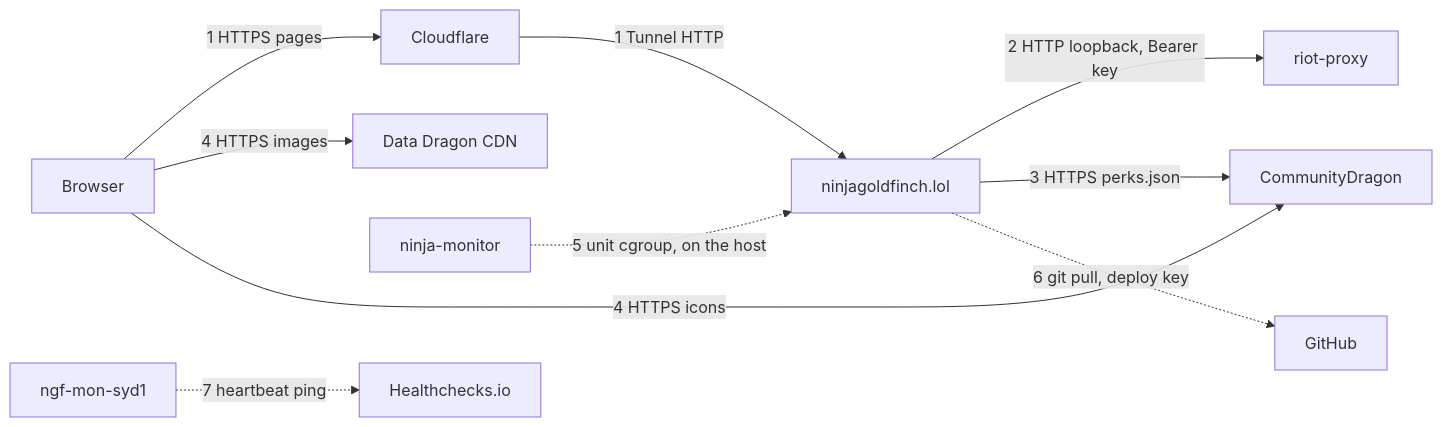
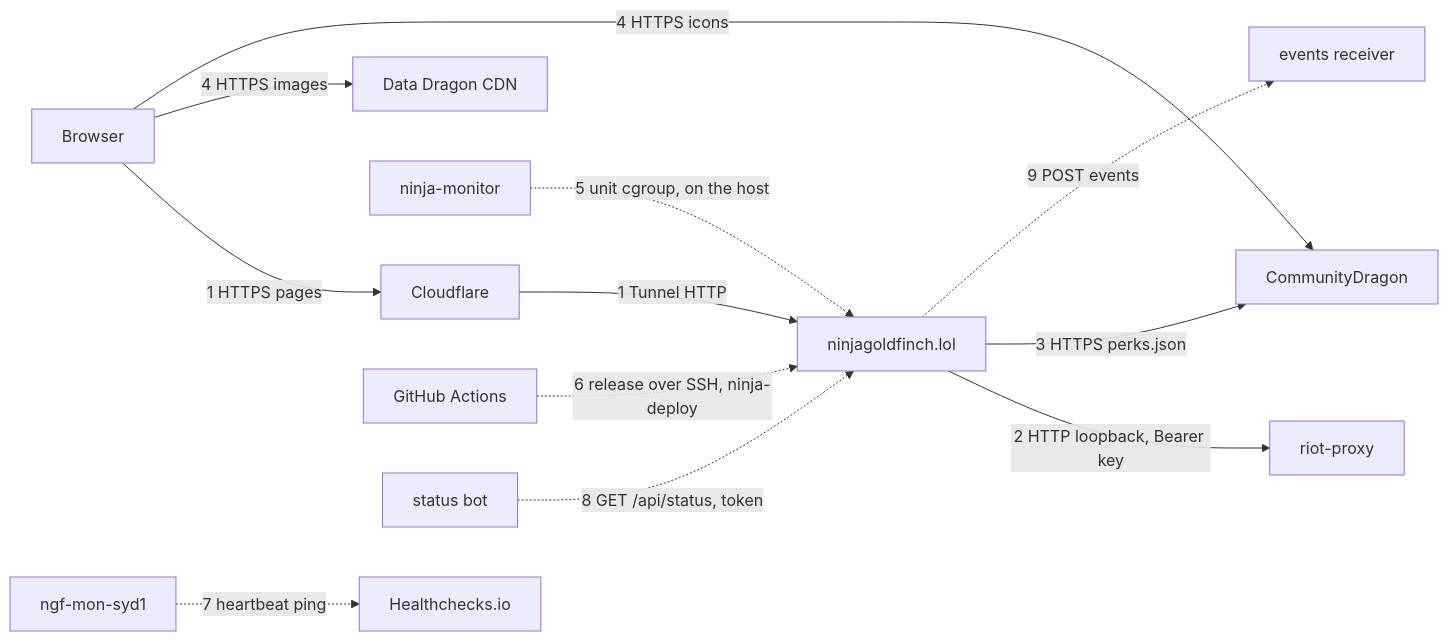
One commit to NinjaGoldfinch/ninjagoldfinch-lol changed the first of 4 diagrams in docs/integration/service-communication.md. Above: the diagram before and after it, drawn with Mermaid. The commit also changed other lines of this file and 13 other files, not shown here.

````diff
--- a/docs/integration/service-communication.md
+++ b/docs/integration/service-communication.md
@@ -9,23 +9,27 @@
 ```mermaid
 flowchart LR
   Browser[Browser]
   Cloudflare[Cloudflare]
   Site[ninjagoldfinch.lol]
   Proxy[riot-proxy]
   CDragon[CommunityDragon]
   DDragon[Data Dragon CDN]
   Monitor[ninja-monitor]
   MonHost[ngf-mon-syd1]
   HC[Healthchecks.io]
-  GitHub[GitHub]
+  GitHub[GitHub Actions]
+  Bot[status bot]
+  Receiver[events receiver]
 
   Browser -->|1 HTTPS pages| Cloudflare
   Cloudflare -->|1 Tunnel HTTP| Site
   Site -->|2 HTTP loopback, Bearer key| Proxy
   Site -->|3 HTTPS perks.json| CDragon
   Browser -->|4 HTTPS images| DDragon
   Browser -->|4 HTTPS icons| CDragon
   Monitor -.->|5 unit cgroup, on the host| Site
-  Site -.->|6 git pull, deploy key| GitHub
+  GitHub -.->|6 release over SSH, ninja-deploy| Site
   MonHost -.->|7 heartbeat ping| HC
+  Bot -.->|8 GET /api/status, token| Site
+  Site -.->|9 POST events| Receiver
 ```
````
